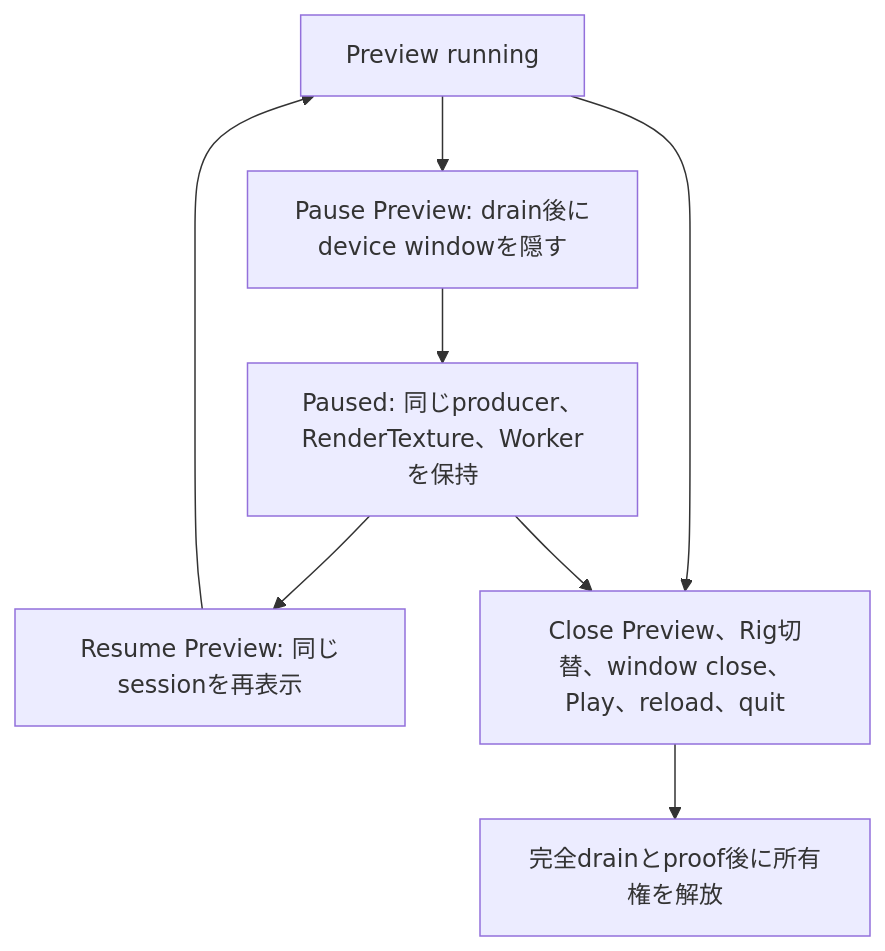
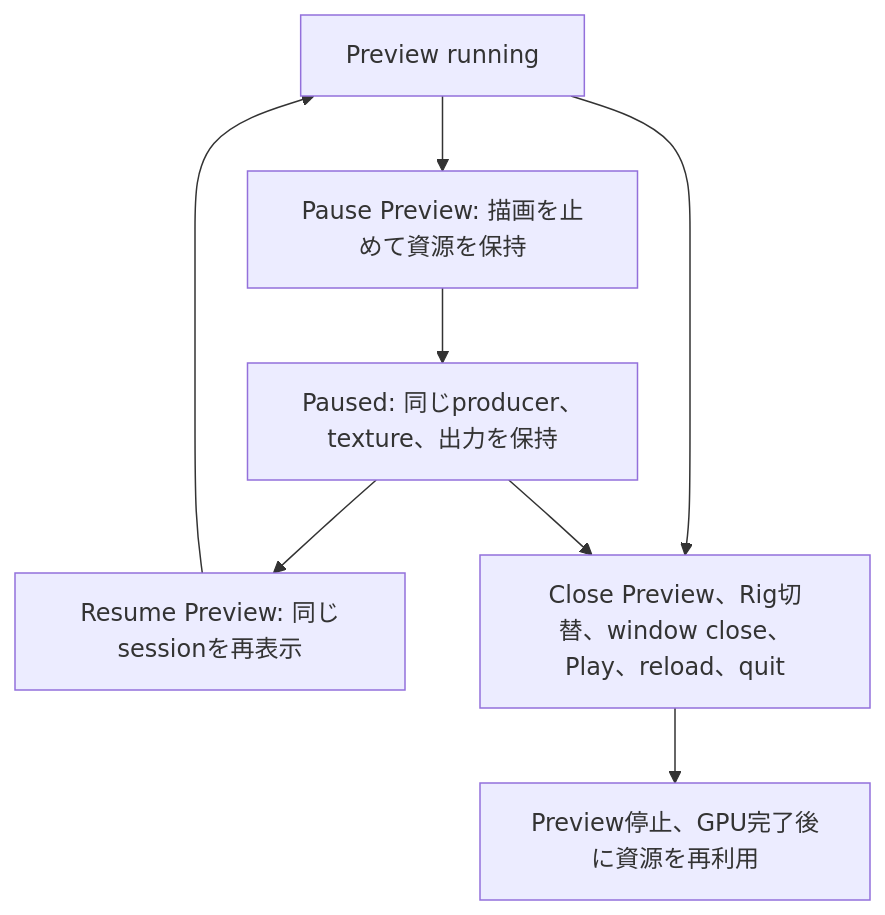
One commit to zabaglione/ViewWeave changed the fourth of 4 diagrams in docs/ja/quilt-authoring.md. Above: the diagram before and after it, drawn with Mermaid. The commit also changed other lines of this file and 73 other files, not shown here.

````diff
--- a/docs/ja/quilt-authoring.md
+++ b/docs/ja/quilt-authoring.md
@@ -109,10 +109,10 @@
 ```mermaid
 flowchart TB
-    Running["Preview running"] --> Pausing["Pause Preview: drain後にdevice windowを隠す"]
-    Pausing --> Paused["Paused: 同じproducer、RenderTexture、Workerを保持"]
+    Running["Preview running"] --> Pausing["Pause Preview: 描画を止めて資源を保持"]
+    Pausing --> Paused["Paused: 同じproducer、texture、出力を保持"]
     Paused --> Resuming["Resume Preview: 同じsessionを再表示"]
     Resuming --> Running
     Running --> Closing["Close Preview、Rig切替、window close、Play、reload、quit"]
     Paused --> Closing
-    Closing --> Closed["完全drainとproof後に所有権を解放"]
+    Closing --> Closed["Preview停止、GPU完了後に資源を再利用"]
 ```
````
